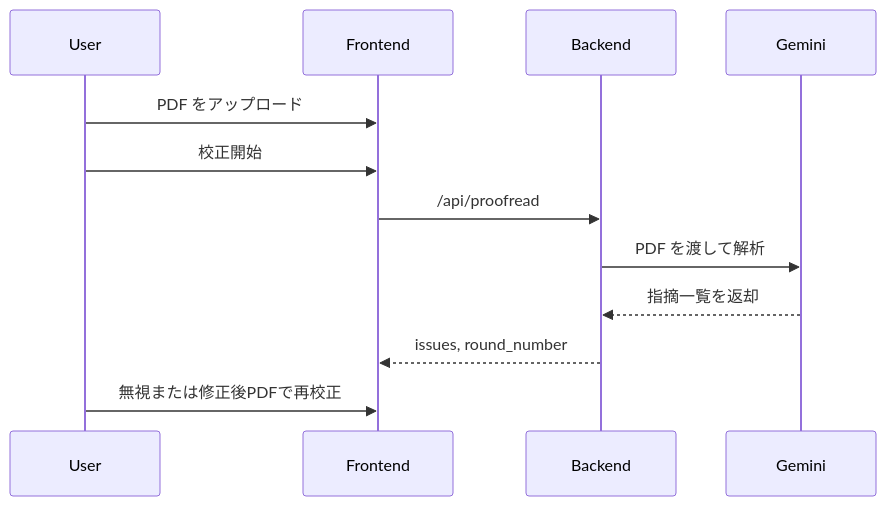
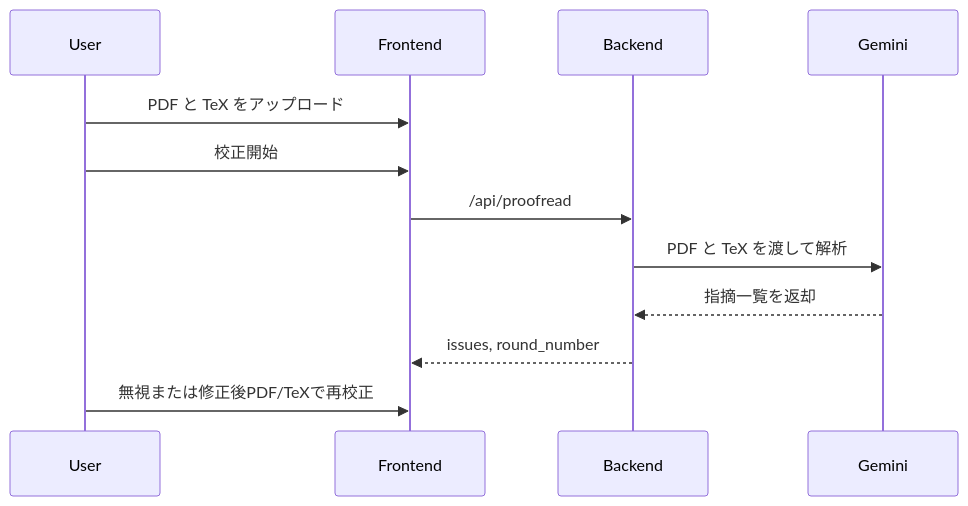
One commit to hayashi1917/paperproofer changed the second of 2 diagrams in README.md. Above: the diagram before and after it, drawn with Mermaid. The commit also changed other lines of this file and 9 other files, not shown here.

````diff
--- a/README.md
+++ b/README.md
@@ -193,15 +193,15 @@
 ```mermaid
 sequenceDiagram
     participant U as User
     participant F as Frontend
     participant B as Backend
     participant G as Gemini
 
-    U->>F: PDF をアップロード
+    U->>F: PDF と TeX をアップロード
     U->>F: 校正開始
     F->>B: /api/proofread
-    B->>G: PDF を渡して解析
+    B->>G: PDF と TeX を渡して解析
     G-->>B: 指摘一覧を返却
     B-->>F: issues, round_number
-    U->>F: 無視または修正後PDFで再校正
+    U->>F: 無視または修正後PDF/TeXで再校正
 ```
````
